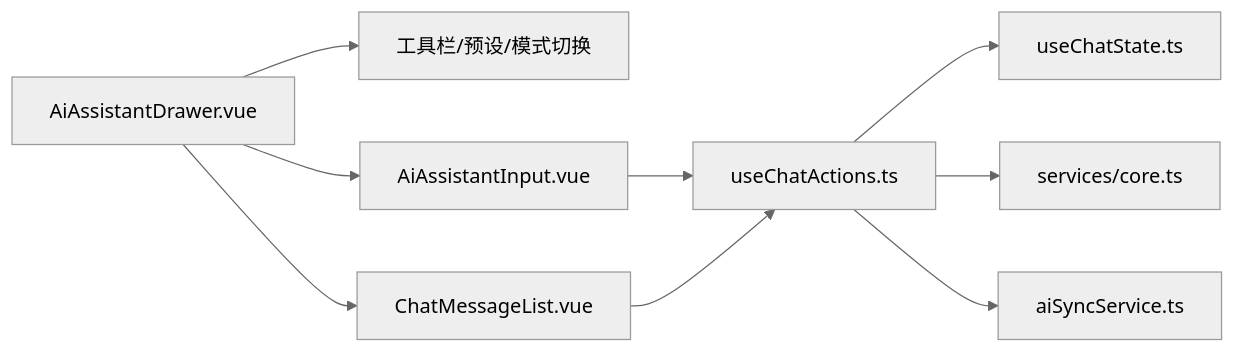
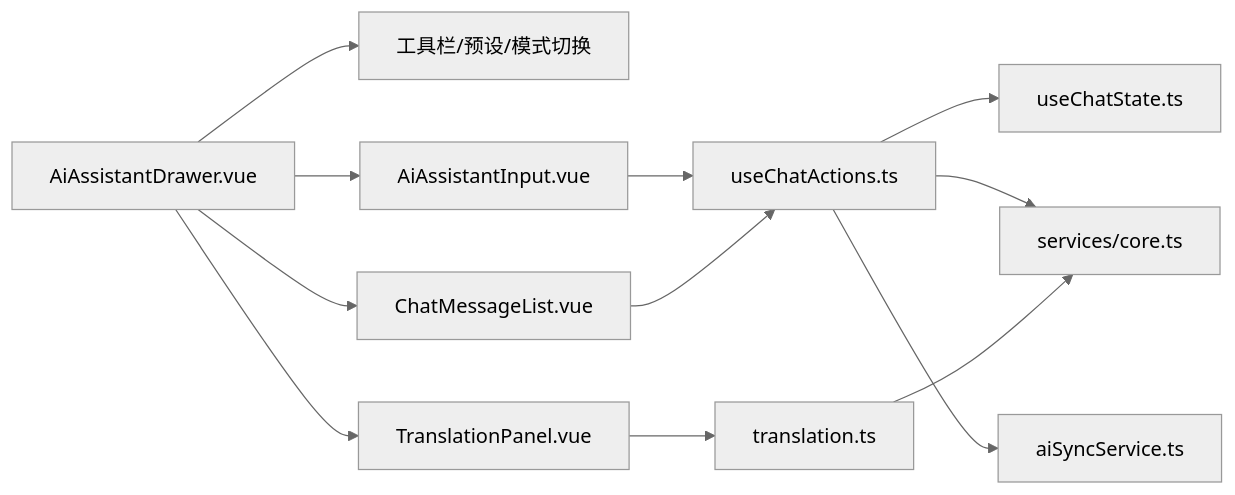
Diagram 11 of 15 in .qoder/repowiki/zh/content/核心模块/AI助手系统/AI助手系统.md (xixixiaoyu/Todo), drawn with Mermaid (neutral theme) before and after one commit. The commit also changed other lines of this file and 5 other files, not shown here.

````diff
--- a/.qoder/repowiki/zh/content/核心模块/AI助手系统/AI助手系统.md
+++ b/.qoder/repowiki/zh/content/核心模块/AI助手系统/AI助手系统.md
@@ -494,11 +664,14 @@
 ```mermaid
 graph LR
 Drawer["AiAssistantDrawer.vue"] --> Toolbar["工具栏/预设/模式切换"]
 Drawer --> Input["AiAssistantInput.vue"]
 Drawer --> List["ChatMessageList.vue"]
+Drawer --> Translation["TranslationPanel.vue"]
 Input --> Actions["useChatActions.ts"]
 List --> Actions
+Translation --> TranslationSvc["translation.ts"]
 Actions --> State["useChatState.ts"]
 Actions --> Core["services/core.ts"]
 Actions --> Sync["aiSyncService.ts"]
+TranslationSvc --> Core
 ```
````
